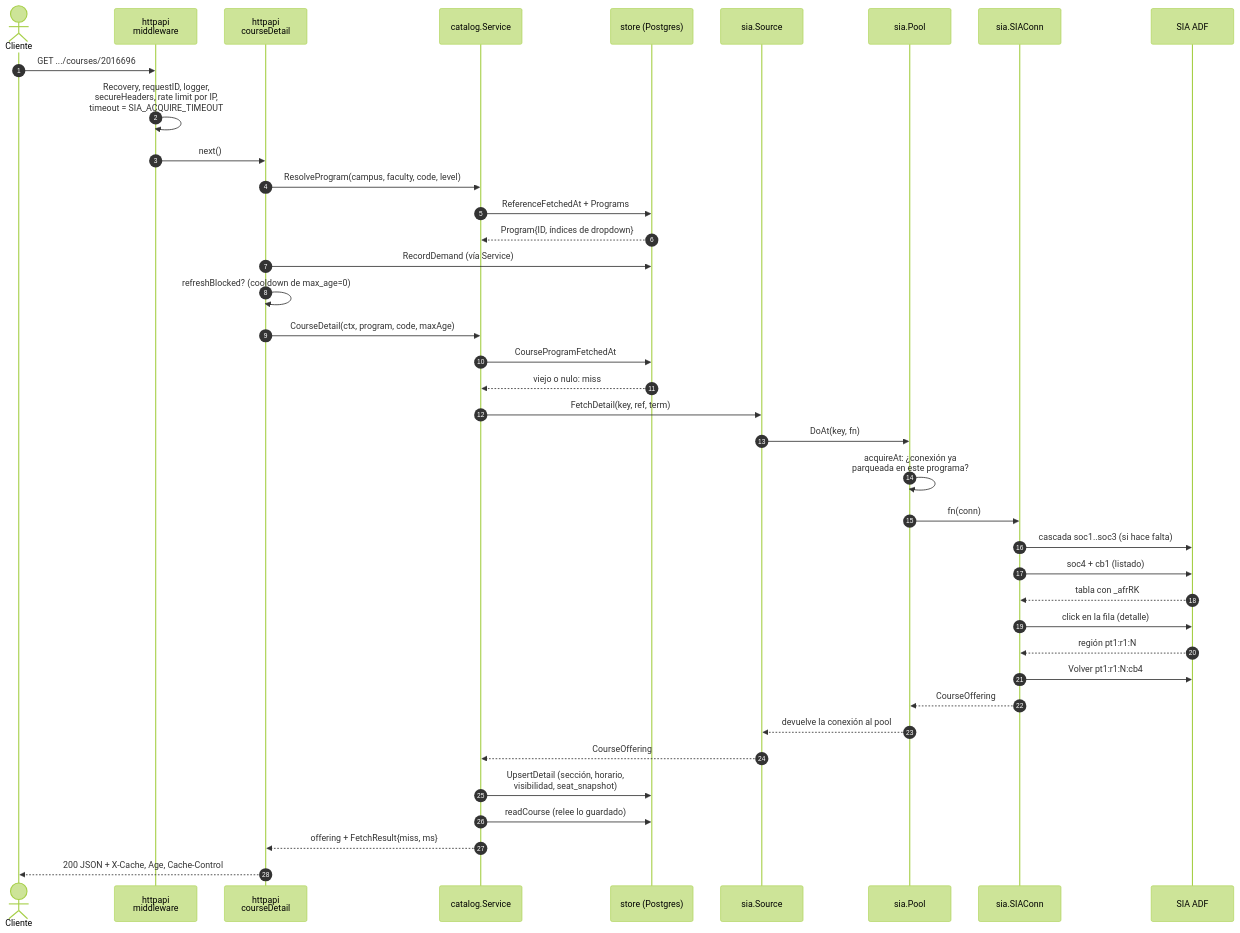
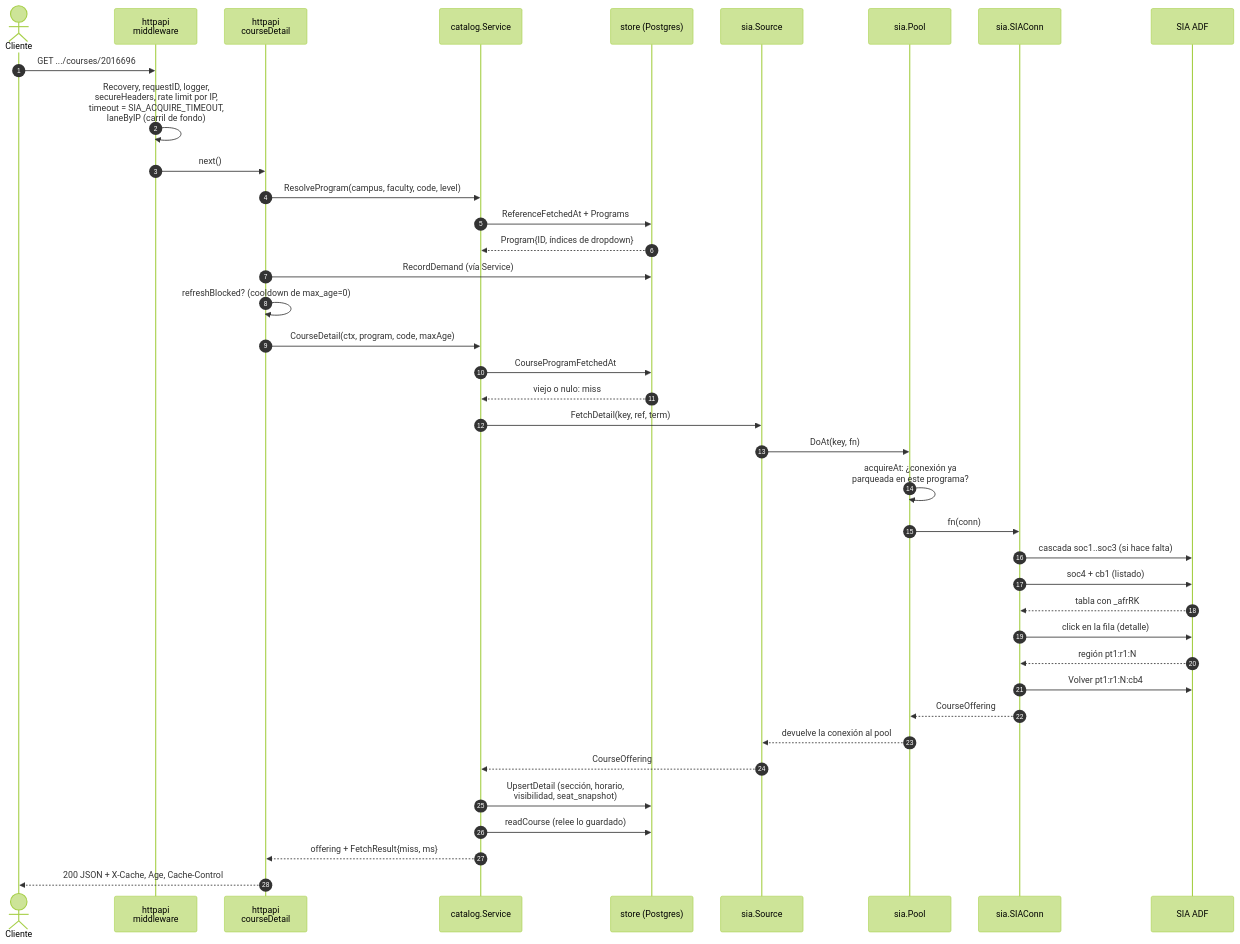
The sixth of 20 diagrams in docs/diagram.md (gabotachak/sia-unal-bridge), drawn with Mermaid (forest theme) before and after one commit. The commit also changed other lines of this file and 8 other files, not shown here.

````diff
--- a/docs/diagram.md
+++ b/docs/diagram.md
@@ -234,42 +235,42 @@
 ```mermaid
 sequenceDiagram
     autonumber
     actor U as Cliente
     participant MW as httpapi<br/>middleware
     participant HD as httpapi<br/>courseDetail
     participant SV as catalog.Service
     participant ST as store (Postgres)
     participant SR as sia.Source
     participant PL as sia.Pool
     participant CN as sia.SIAConn
     participant SIA as SIA ADF
 
     U->>MW: GET .../courses/2016696
-    MW->>MW: Recovery, requestID, logger,<br/>secureHeaders, rate limit por IP,<br/>timeout = SIA_ACQUIRE_TIMEOUT
+    MW->>MW: Recovery, requestID, logger,<br/>secureHeaders, rate limit por IP,<br/>timeout = SIA_ACQUIRE_TIMEOUT,<br/>laneByIP (carril de fondo)
     MW->>HD: next()
     HD->>SV: ResolveProgram(campus, faculty, code, level)
     SV->>ST: ReferenceFetchedAt + Programs
     ST-->>SV: Program{ID, índices de dropdown}
     HD->>ST: RecordDemand (vía Service)
     HD->>HD: refreshBlocked? (cooldown de max_age=0)
     HD->>SV: CourseDetail(ctx, program, code, maxAge)
     SV->>ST: CourseProgramFetchedAt
     ST-->>SV: viejo o nulo: miss
     SV->>SR: FetchDetail(key, ref, term)
     SR->>PL: DoAt(key, fn)
     PL->>PL: acquireAt: ¿conexión ya<br/>parqueada en este programa?
     PL->>CN: fn(conn)
     CN->>SIA: cascada soc1..soc3 (si hace falta)
     CN->>SIA: soc4 + cb1 (listado)
     SIA-->>CN: tabla con _afrRK
     CN->>SIA: click en la fila (detalle)
     SIA-->>CN: región pt1:r1:N
     CN->>SIA: Volver pt1:r1:N:cb4
     CN-->>PL: CourseOffering
     PL-->>SR: devuelve la conexión al pool
     SR-->>SV: CourseOffering
     SV->>ST: UpsertDetail (sección, horario,<br/>visibilidad, seat_snapshot)
     SV->>ST: readCourse (relee lo guardado)
     SV-->>HD: offering + FetchResult{miss, ms}
     HD-->>U: 200 JSON + X-Cache, Age, Cache-Control
 ```
````
